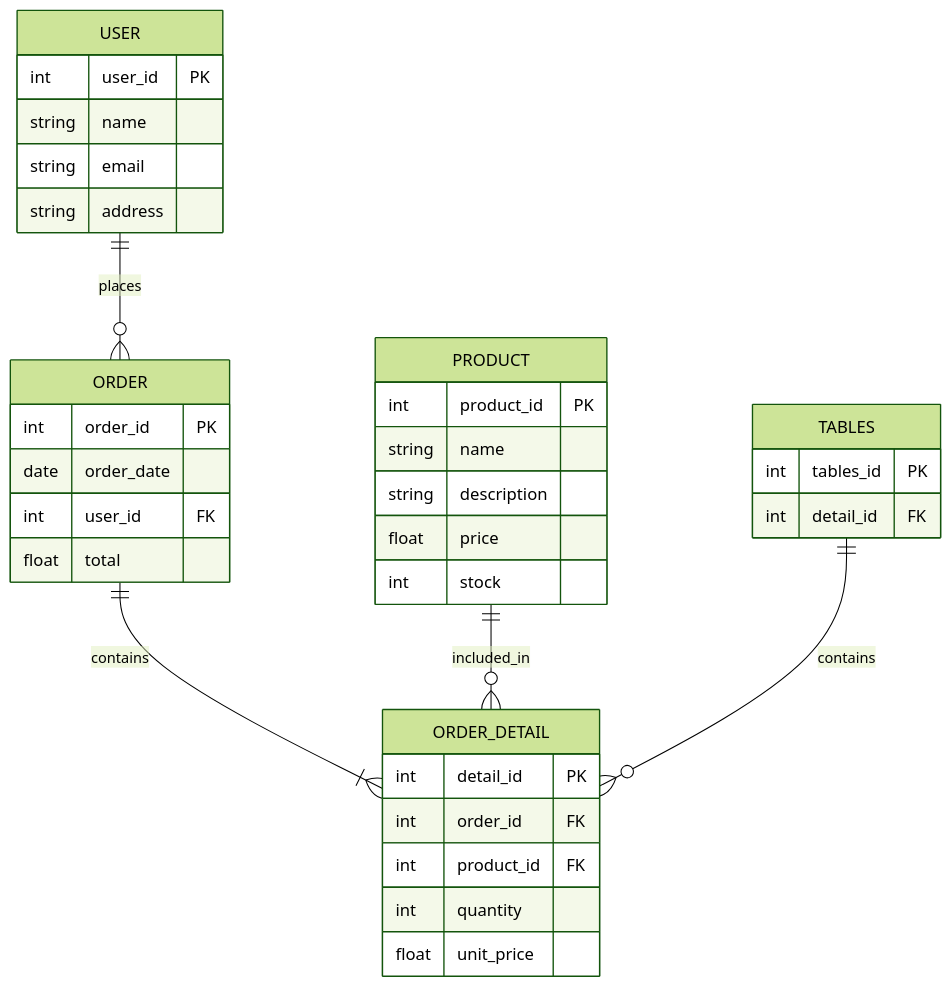
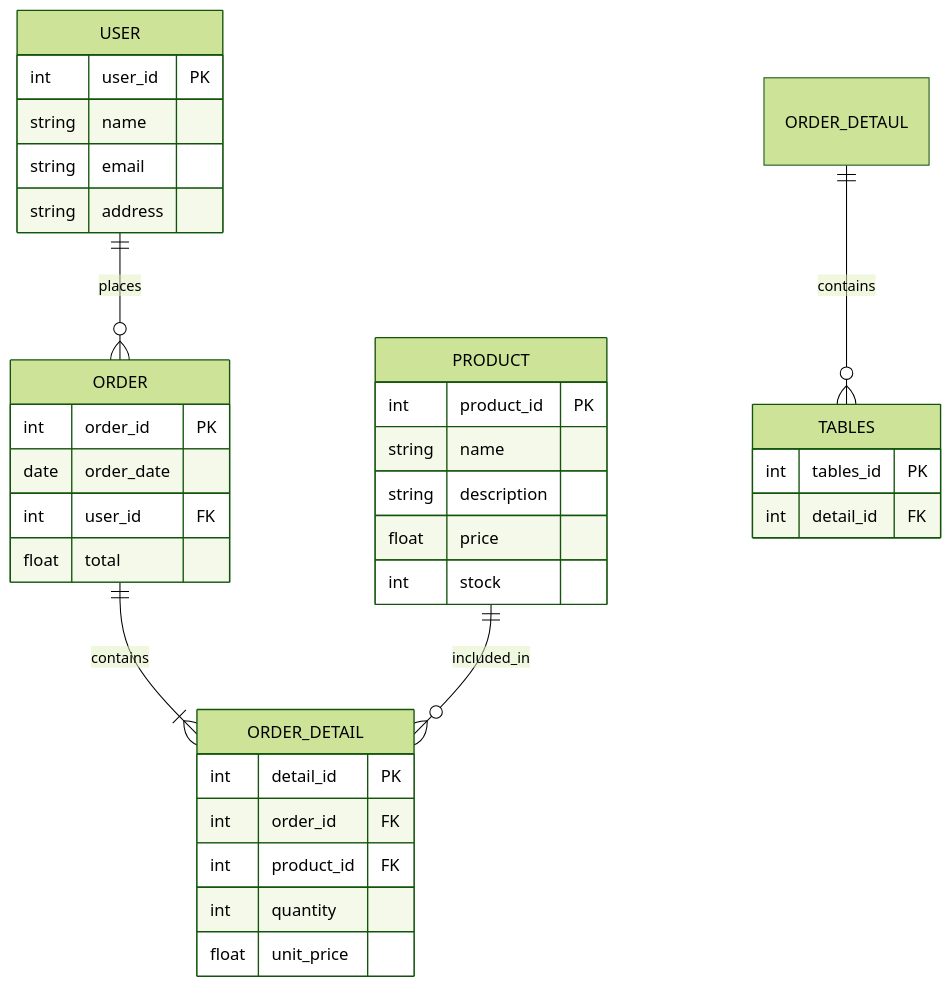
The diagram in docs/erd_diagram.mmd (AndersonVazquezDelaluz/cbtis47-db-project-salchichasparrita-2026), drawn with Mermaid (forest theme) before and after one commit.

```diff
--- a/docs/erd_diagram.mmd
+++ b/docs/erd_diagram.mmd
@@ -1,36 +1,36 @@
 erDiagram
     USER ||--o{ ORDER : "places"
     ORDER ||--|{ ORDER_DETAIL : "contains"
     PRODUCT ||--o{ ORDER_DETAIL : "included_in"
-    TABLES ||--o{ ORDER_DETAIL : "contains"
+    ORDER_DETAUL ||--o{ TABLES : "contains"
 
     USER {
         int user_id PK
         string name
         string email
         string address
     }
     ORDER {
         int order_id PK
         date order_date
         int user_id FK
         float total
     }
     ORDER_DETAIL {
         int detail_id PK
         int order_id FK
         int product_id FK
         int quantity
         float unit_price
     }
     PRODUCT {
         int product_id PK
         string name
         string description
         float price
         int stock
     }
     TABLES{
         int tables_id PK
         int detail_id FK
     }
```
